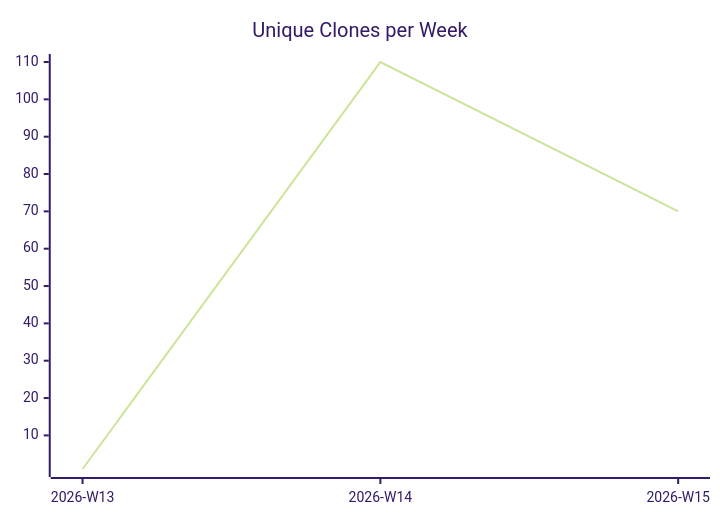
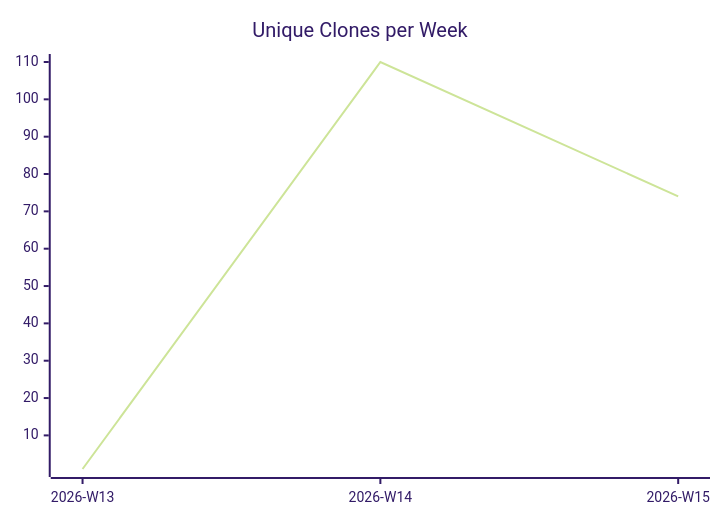
The third of 3 diagrams in justdavis-family/justdavis/README.md (justdavis-family/github-analytics-data), drawn with Mermaid (forest theme) before and after one commit. The commit also changed other lines of this file and 191 other files, not shown here.

````diff
--- a/justdavis-family/justdavis/README.md
+++ b/justdavis-family/justdavis/README.md
@@ -19,6 +19,6 @@
 ```mermaid
 xychart-beta
   title "Unique Clones per Week"
   x-axis ["2026-W13", "2026-W14", "2026-W15"]
-  line [1, 110, 70]
+  line [1, 110, 74]
 ```
````
